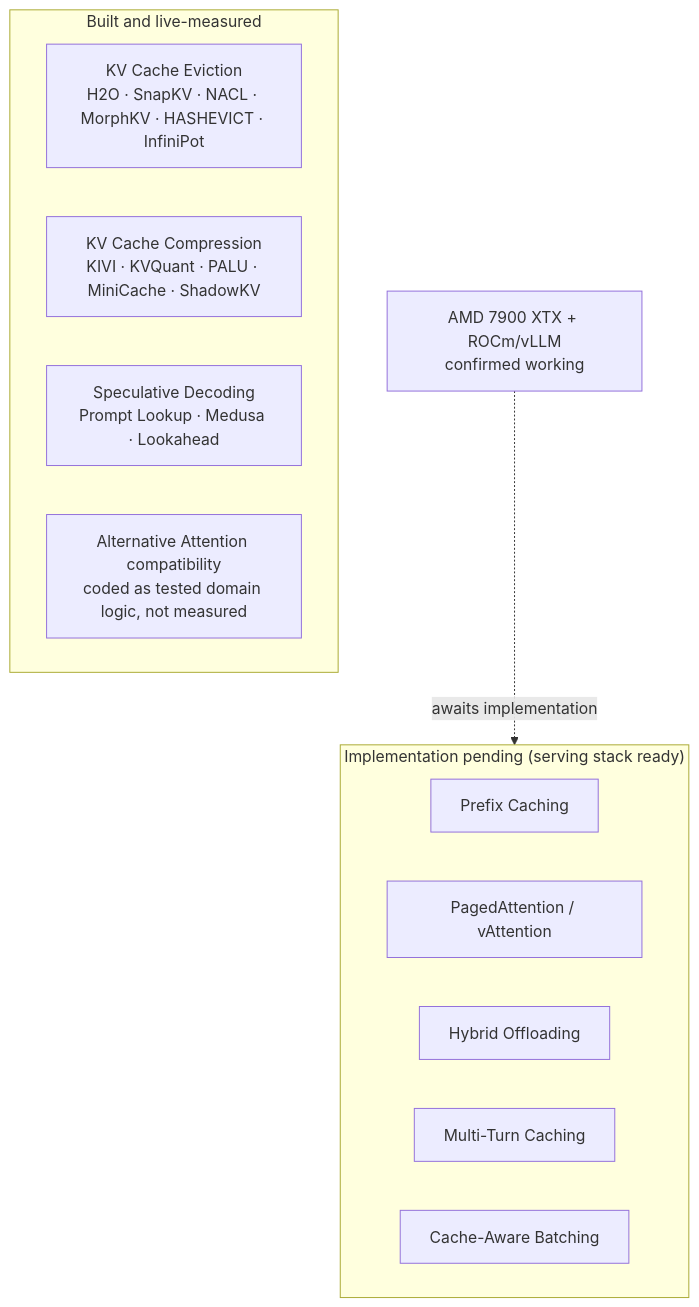
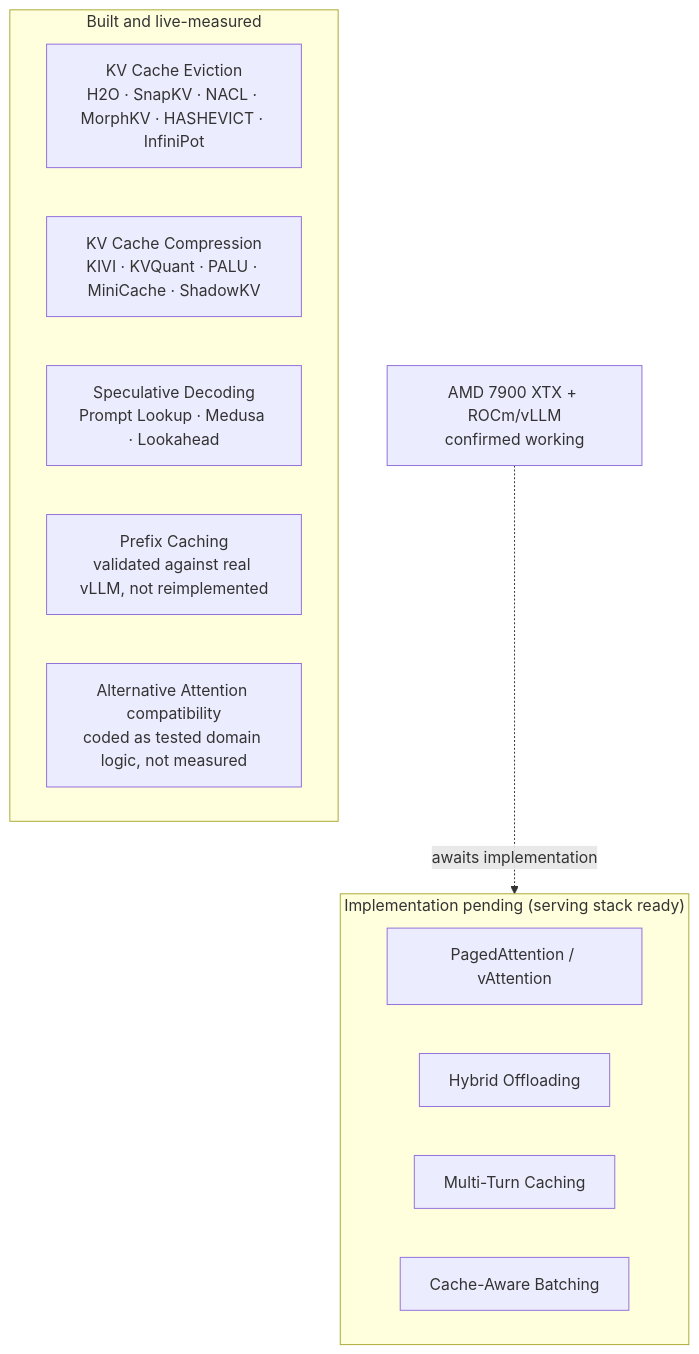
Before and after one commit to aaronrmDev/AI-AUGMENTED-GENERATION: the diagram in docs/architecture/CAG.md, drawn with Mermaid. The commit also changed other lines of this file and 10 other files, not shown here.

````diff
--- a/docs/architecture/CAG.md
+++ b/docs/architecture/CAG.md
@@ -29,17 +29,17 @@
 ```mermaid
 flowchart TD
     subgraph built["Built and live-measured"]
         EVICT["KV Cache Eviction<br/>H2O · SnapKV · NACL · MorphKV · HASHEVICT · InfiniPot"]
         COMP["KV Cache Compression<br/>KIVI · KVQuant · PALU · MiniCache · ShadowKV"]
         SPEC["Speculative Decoding<br/>Prompt Lookup · Medusa · Lookahead"]
+        PREFIX["Prefix Caching<br/>validated against real vLLM, not reimplemented"]
         ATTN["Alternative Attention compatibility<br/>coded as tested domain logic, not measured"]
     end
     subgraph blocked["Implementation pending (serving stack ready)"]
-        PREFIX["Prefix Caching"]
         PAGED["PagedAttention / vAttention"]
         HYBRID["Hybrid Offloading"]
         MULTI["Multi-Turn Caching"]
         BATCH["Cache-Aware Batching"]
     end
     HW["AMD 7900 XTX + ROCm/vLLM<br/>confirmed working"] -.awaits implementation.-> blocked
 ```
````
